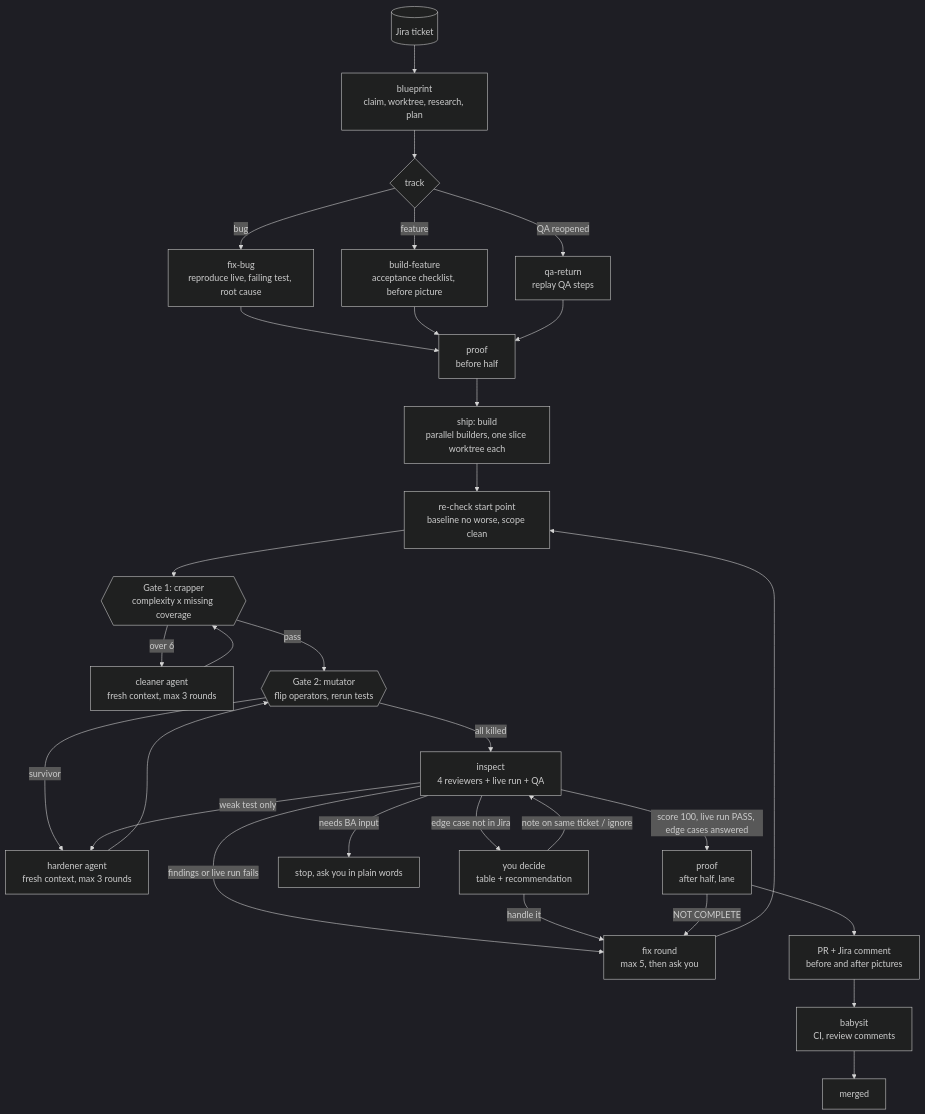
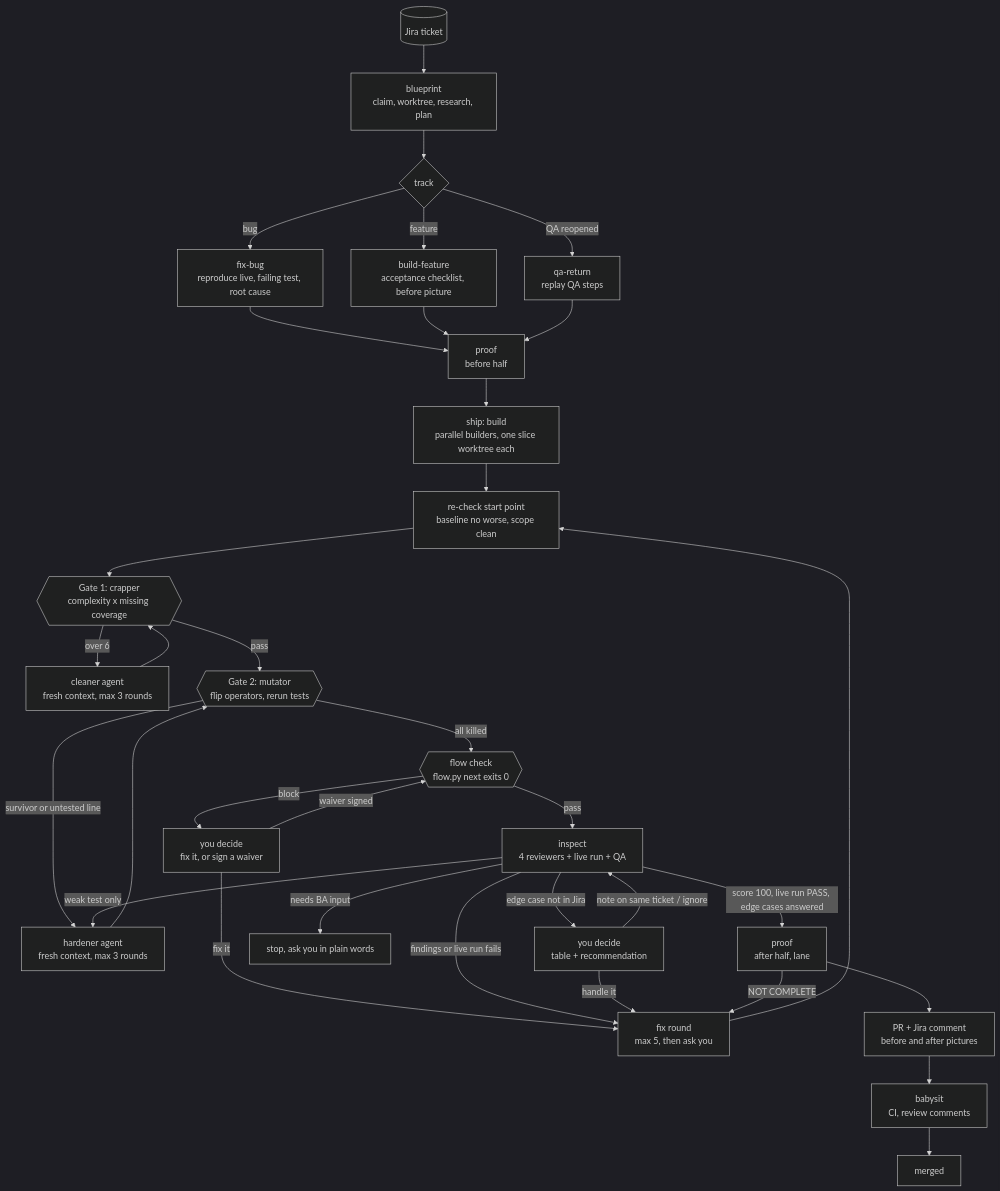
The first of 4 diagrams in README.md (talibilat/tfactory), drawn with Mermaid (dark theme) before and after one commit. The commit also changed other lines of this file and 46 other files, not shown here.

First line of the commit message:
Add flow gate, signed waivers, one-run pipeline and meaningful-screenshot checks

````diff
--- a/README.md
+++ b/README.md
@@ -50,32 +50,36 @@
 ```mermaid
 flowchart TD
   J[(Jira ticket)] --> BP[blueprint<br>claim, worktree, research, plan]
   BP --> TR{track}
   TR -- bug --> FB[fix-bug<br>reproduce live, failing test, root cause]
   TR -- feature --> BF[build-feature<br>acceptance checklist, before picture]
   TR -- QA reopened --> QR[qa-return<br>replay QA steps]
   FB --> PB[proof<br>before half]
   BF --> PB
   QR --> PB
   PB --> B[ship: build<br>parallel builders, one slice worktree each]
   B --> BL[re-check start point<br>baseline no worse, scope clean]
   BL --> G1{{Gate 1: crapper<br>complexity x missing coverage}}
   G1 -- over 6 --> CL[cleaner agent<br>fresh context, max 3 rounds]
   CL --> G1
   G1 -- pass --> G2{{Gate 2: mutator<br>flip operators, rerun tests}}
-  G2 -- survivor --> HD[hardener agent<br>fresh context, max 3 rounds]
+  G2 -- survivor or untested line --> HD[hardener agent<br>fresh context, max 3 rounds]
   HD --> G2
-  G2 -- all killed --> IN[inspect<br>4 reviewers + live run + QA]
+  G2 -- all killed --> FC{{flow check<br>flow.py next exits 0}}
+  FC -- block --> W[you decide<br>fix it, or sign a waiver]
+  W -- fix it --> FIX
+  W -- waiver signed --> FC
+  FC -- pass --> IN[inspect<br>4 reviewers + live run + QA]
   IN -- findings or live run fails --> FIX[fix round<br>max 5, then ask you]
   FIX --> BL
   IN -- weak test only --> HD
   IN -- edge case not in Jira --> ED[you decide<br>table + recommendation]
   ED -- handle it --> FIX
   ED -- note on same ticket / ignore --> IN
   IN -- needs BA input --> ASK[stop, ask you in plain words]
   IN -- score 100, live run PASS, edge cases answered --> AP[proof<br>after half, lane]
   AP -- NOT COMPLETE --> FIX
   AP --> PR[PR + Jira comment<br>before and after pictures]
   PR --> BB[babysit<br>CI, review comments]
   BB --> M[merged]
 ```
````
